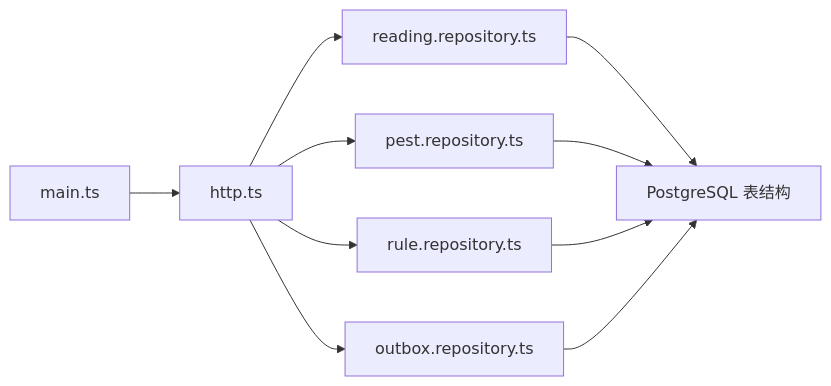
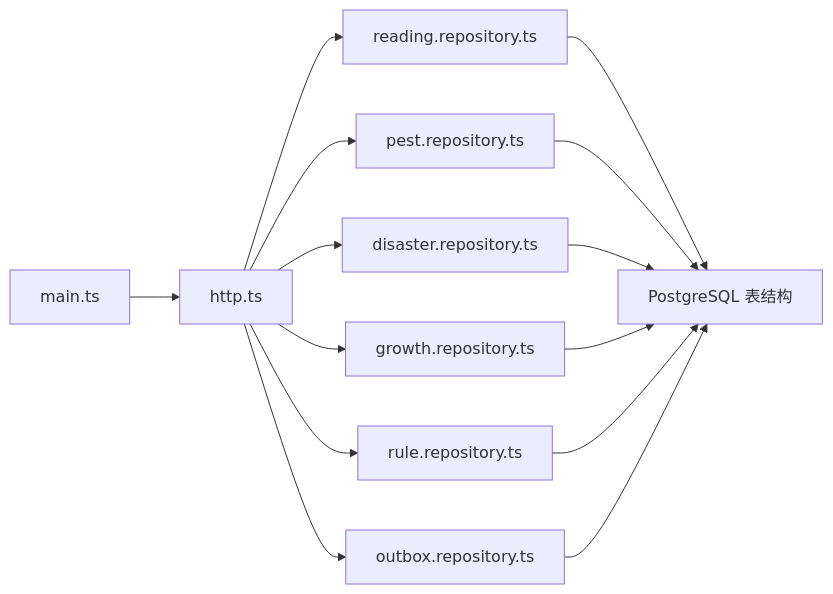
Diagram 13 of 13 in .qoder/repowiki/zh/content/核心服务文档/遥测数据服务.md (q446328246/agri-platform), drawn with Mermaid before and after one commit. The commit also changed other lines of this file and 52 other files, not shown here.

````diff
--- a/.qoder/repowiki/zh/content/核心服务文档/遥测数据服务.md
+++ b/.qoder/repowiki/zh/content/核心服务文档/遥测数据服务.md
@@ -408,12 +569,16 @@
 ```mermaid
 graph LR
 Main["main.ts"] --> Http["http.ts"]
 Http --> Repo["reading.repository.ts"]
 Http --> PestRepo["pest.repository.ts"]
+Http --> DisasterRepo["disaster.repository.ts"]
+Http --> GrowthRepo["growth.repository.ts"]
 Http --> RuleRepo["rule.repository.ts"]
 Http --> Outbox["outbox.repository.ts"]
 Repo --> DB["PostgreSQL 表结构"]
 PestRepo --> DB
+DisasterRepo --> DB
+GrowthRepo --> DB
 RuleRepo --> DB
 Outbox --> DB
 ```
````
